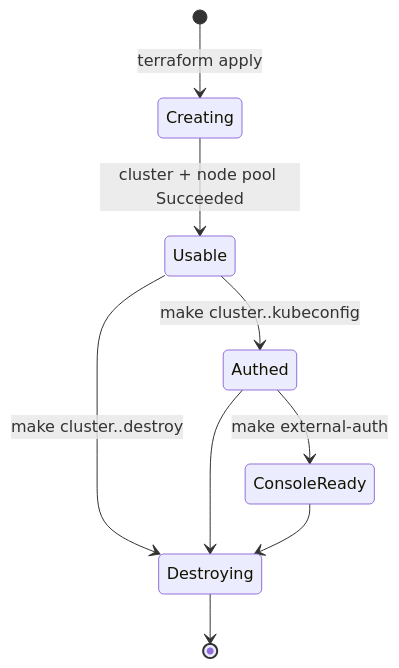
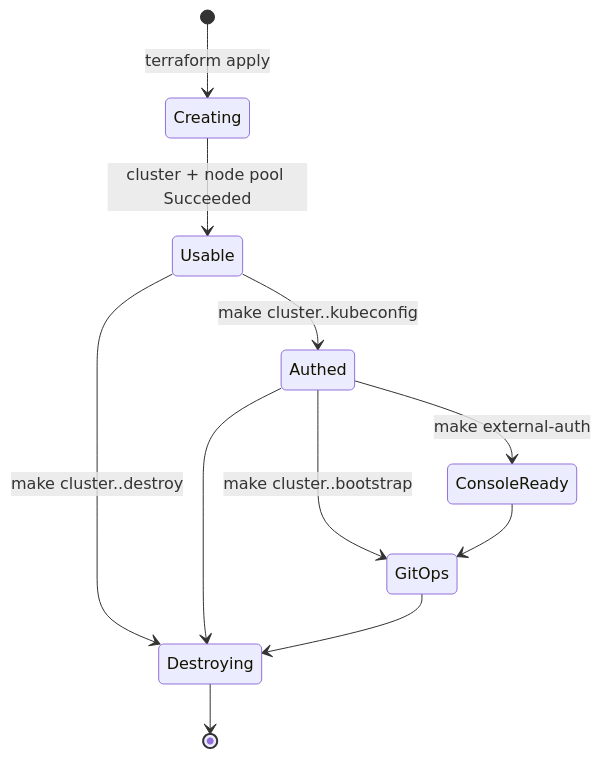
One commit to rh-mobb/aro-hcp changed diagram 12 of 13 in docs/architecture.md. Above: the diagram before and after it, drawn with Mermaid. The commit also changed other lines of this file and 59 other files, not shown here.

First line of the commit message:
feat(gitops): bootstrap OpenShift GitOps, pull secret, and ESO

````diff
--- a/docs/architecture.md
+++ b/docs/architecture.md
@@ -756,11 +803,13 @@
 ```mermaid
 stateDiagram-v2
     [*] --> Creating: terraform apply
     Creating --> Usable: cluster + node pool Succeeded
     Usable --> Authed: make cluster.<name>.kubeconfig
     Authed --> ConsoleReady: make external-auth
     Usable --> Destroying: make cluster.<name>.destroy
     Authed --> Destroying
-    ConsoleReady --> Destroying
+    Authed --> GitOps: make cluster.<name>.bootstrap
+    ConsoleReady --> GitOps
+    GitOps --> Destroying
     Destroying --> [*]
 ```
````
